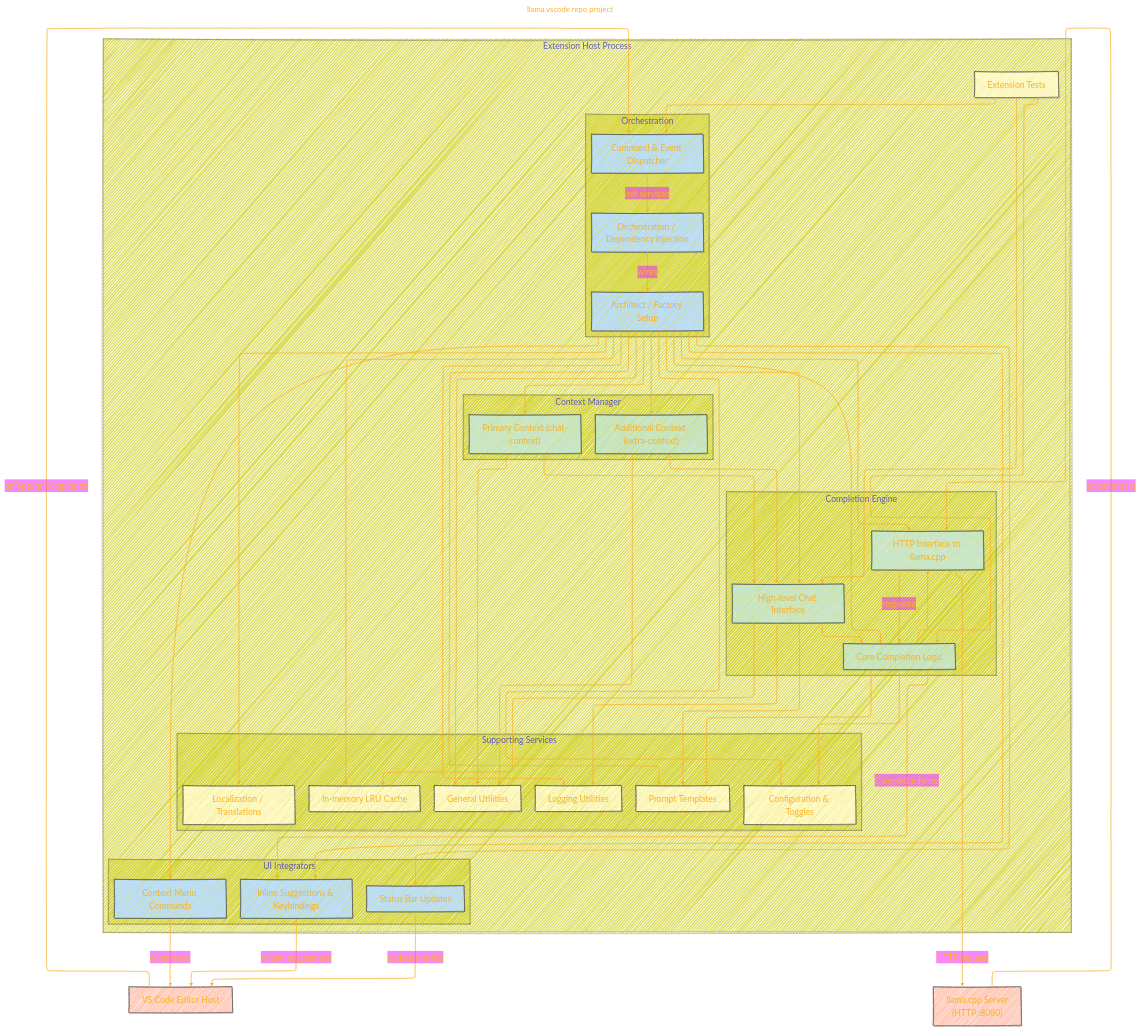
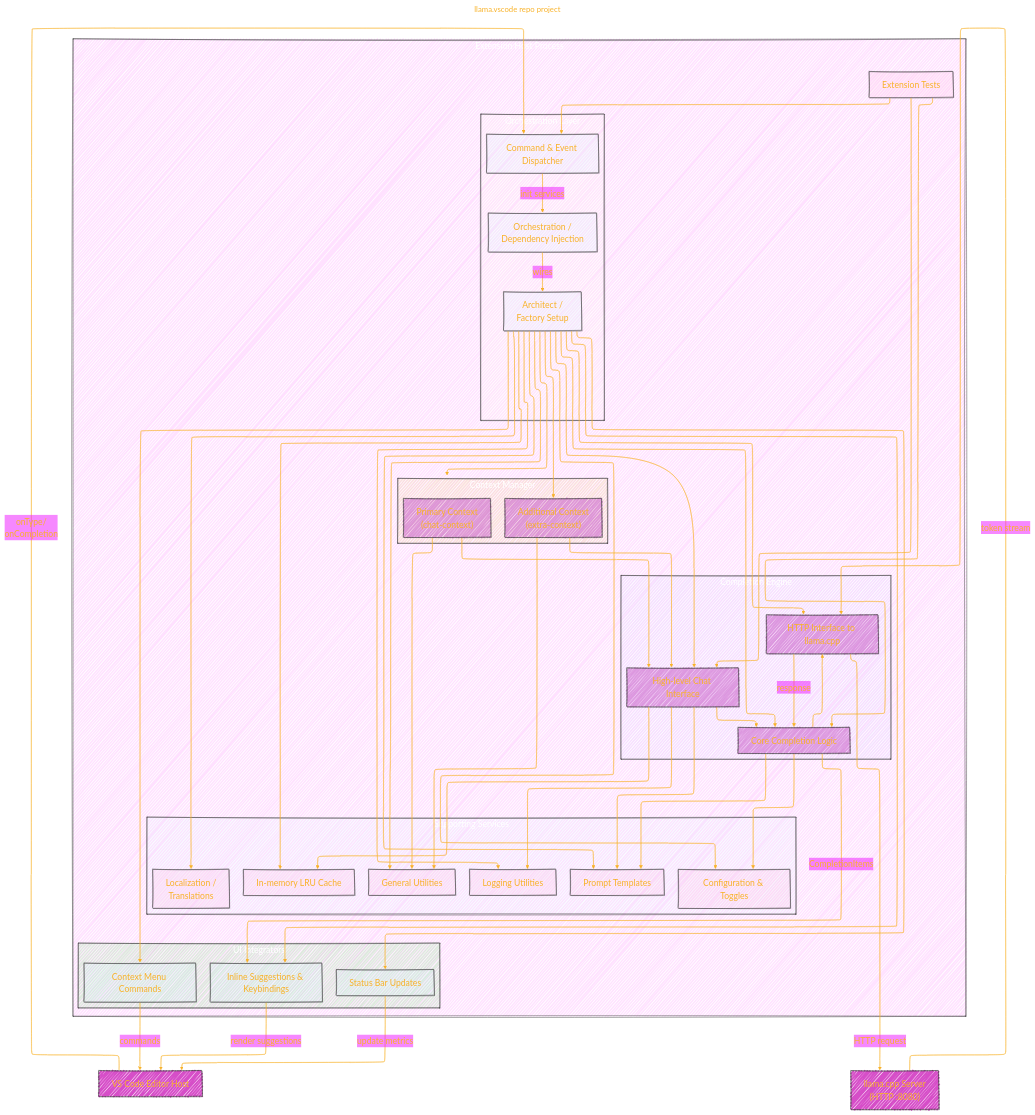
One commit to CongLeSolutionX/Synthetic-Zooniverse changed the first of 2 diagrams in GGML_ORG/GitHub_repo_projects/llama.vscode.md. Above: the diagram before and after it, drawn with Mermaid.

Commit message:
update notes

````diff
--- a/GGML_ORG/GitHub_repo_projects/llama.vscode.md
+++ b/GGML_ORG/GitHub_repo_projects/llama.vscode.md
@@ -73,132 +73,134 @@
   }
 }%%
 flowchart TD
-    %% Global Entities
-    Editor["VS Code Editor Host"]:::external
+  %% Global Entities
+  Editor["VS Code Editor Host"]:::external
 
-    subgraph "Extension Host Process" 
-        direction TB
-        %% Orchestration Layer
-        subgraph "Orchestration" 
-            direction TB
-            ExtensionDispatcher["Command & Event Dispatcher"]:::frontend
-            Application["Orchestration / Dependency Injection"]:::frontend
-            Architect["Architect / Factory Setup"]:::frontend
-        end
-
-        %% UI Integrator Layer
-        subgraph "UI Integrators"
-            direction TB
-            Menu["Context Menu Commands"]:::frontend
-            Statusbar["Status Bar Updates"]:::frontend
-            TextEditor["Inline Suggestions & Keybindings"]:::frontend
-        end
-
-        %% Context Manager Layer
-        subgraph "Context Manager"
-            direction TB
-            ChatContext["Primary Context (chat-context)"]:::backend
-            ExtraContext["Additional Context (extra-context)"]:::backend
-        end
-
-        %% Completion Engine Layer
-        subgraph "Completion Engine"
-            direction TB
-            ChatWithAI["High-level Chat Interface"]:::backend
-            Completion["Core Completion Logic"]:::backend
-            LlamaServer["HTTP Interface to llama.cpp"]:::backend
-        end
-
-        %% Supporting Services
-        subgraph "Supporting Services"
-            direction TB
-            Configuration["Configuration & Toggles"]:::service
-            Prompts["Prompt Templates"]:::service
-            Translations["Localization / Translations"]:::service
-            Utils["General Utilities"]:::service
-            LRUCache["In-memory LRU Cache"]:::service
-            Logger["Logging Utilities"]:::service
-        end
-
-        %% Tests
-        Tests["Extension Tests"]:::service
+  subgraph Extension_Host_Process["Extension Host Process"]
+  style Extension_Host_Process fill:#F2F2,stroke:#333,stroke-width:1px, color: #FFFF
+  direction TB
+    subgraph Orchestration_Layer["Orchestration Layer"]
+    style Orchestration_Layer fill:#FFD2,stroke:#333,stroke-width:1px, color: #FFFF
+    direction TB
+      ExtensionDispatcher["Command & Event Dispatcher"]:::frontend
+      Application["Orchestration /<br/> Dependency Injection"]:::frontend
+      Architect["Architect /<br/> Factory Setup"]:::frontend
     end
 
-    %% External Service
-    LlamaCPP["llama.cpp Server\n(HTTP :8080)"]:::external
+    subgraph UI_Integrator_Layer["UI Integrators"]
+    style UI_Integrator_Layer fill:#2D22,stroke:#333,stroke-width:1px, color: #FFFF
+    direction TB
+      Menu["Context Menu Commands"]:::frontend
+      Statusbar["Status Bar Updates"]:::frontend
+      TextEditor["Inline Suggestions & Keybindings"]:::frontend
+    end
 
-    %% Connections - Dynamic Flow
-    Editor -->|"onType/onCompletion"| ExtensionDispatcher
-    ExtensionDispatcher -->|"init services"| Application
-    Application -->|"wires"| Architect
+    
+    subgraph Context_Manager_Layer["Context Manager"]
+    style Context_Manager_Layer fill:#DB22,stroke:#333,stroke-width:1px, color: #FFFF
+    direction TB
+      ChatContext["Primary Context<br/>(chat-context)"]:::backend
+      ExtraContext["Additional Context<br/>(extra-context)"]:::backend
+    end
 
-    Architect --> ChatContext
-    Architect --> ExtraContext
-    Architect --> ChatWithAI
-    Architect --> Completion
-    Architect --> LlamaServer
-    Architect --> Configuration
-    Architect --> Prompts
-    Architect --> Translations
-    Architect --> Utils
-    Architect --> LRUCache
-    Architect --> Logger
-    Architect --> Menu
-    Architect --> Statusbar
-    Architect --> TextEditor
+    subgraph Completion_Engine_Layer["Completion Engine"]
+    style Completion_Engine_Layer fill:#BCF2,stroke:#333,stroke-width:1px, color: #FFFF
+    direction TB
+      ChatWithAI["High-level Chat Interface"]:::backend
+      Completion["Core Completion Logic"]:::backend
+      LlamaServer["HTTP Interface to llama.cpp"]:::backend
+    end
 
-    ChatContext --> ChatWithAI
-    ExtraContext --> ChatWithAI
+    subgraph Supporting_Services["Supporting Services"]
+    style Supporting_Services fill:#CFF2,stroke:#333,stroke-width:1px, color: #FFFF
+    direction TB
+      Configuration["Configuration & Toggles"]:::service
+      Prompts["Prompt Templates"]:::service
+      Translations["Localization /<br/> Translations"]:::service
+      Utils["General Utilities"]:::service
+      LRUCache["In-memory LRU Cache"]:::service
+      Logger["Logging Utilities"]:::service
+    end
 
-    ChatWithAI --> Completion
-    Completion --> LlamaServer
-    LlamaServer -->|HTTP request| LlamaCPP
-    LlamaCPP -->|token stream| LlamaServer
-    LlamaServer -->|response| Completion
-    Completion -->|CompletionItems| TextEditor
+    %% Tests
+    Tests["Extension Tests"]:::service
+  end
 
-    TextEditor -->|render suggestions| Editor
-    Statusbar -->|update metrics| Editor
-    Menu -->|commands| Editor
+  %% External Service
+  LlamaCPP["llama.cpp Server<br/>(HTTP :8080)"]:::external
 
-    %% Supporting Services usage
-    Completion --> Configuration
-    Completion --> Prompts
-    ChatWithAI --> Prompts
-    ChatWithAI --> LRUCache
-    ChatWithAI --> Logger
-    ChatContext --> Utils
-    ExtraContext --> Utils
+  %% Connections - Dynamic Flow
+  Editor -->|"onType/<br/>onCompletion"| ExtensionDispatcher
+  ExtensionDispatcher -->|"init services"| Application
+  Application -->|"wires"| Architect
 
-    %% Tests dependency
-    Tests --> ExtensionDispatcher
-    Tests --> ChatWithAI
-    Tests --> Completion
+  Architect --> ChatContext
+  Architect --> ExtraContext
+  Architect --> ChatWithAI
+  Architect --> Completion
+  Architect --> LlamaServer
+  Architect --> Configuration
+  Architect --> Prompts
+  Architect --> Translations
+  Architect --> Utils
+  Architect --> LRUCache
+  Architect --> Logger
+  Architect --> Menu
+  Architect --> Statusbar
+  Architect --> TextEditor
 
-    %% Click Events
-    click ExtensionDispatcher "https://github.com/ggml-org/llama.vscode/blob/master/src/extension.ts"
-    click Application "https://github.com/ggml-org/llama.vscode/blob/master/src/application.ts"
-    click Architect "https://github.com/ggml-org/llama.vscode/blob/master/src/architect.ts"
-    click ChatContext "https://github.com/ggml-org/llama.vscode/blob/master/src/chat-context.ts"
-    click ExtraContext "https://github.com/ggml-org/llama.vscode/blob/master/src/extra-context.ts"
-    click ChatWithAI "https://github.com/ggml-org/llama.vscode/blob/master/src/chat-with-ai.ts"
-    click Completion "https://github.com/ggml-org/llama.vscode/blob/master/src/completion.ts"
-    click LlamaServer "https://github.com/ggml-org/llama.vscode/blob/master/src/llama-server.ts"
-    click Menu "https://github.com/ggml-org/llama.vscode/blob/master/src/menu.ts"
-    click Statusbar "https://github.com/ggml-org/llama.vscode/blob/master/src/statusbar.ts"
-    click TextEditor "https://github.com/ggml-org/llama.vscode/blob/master/src/text-editor.ts"
-    click Configuration "https://github.com/ggml-org/llama.vscode/blob/master/src/configuration.ts"
-    click Prompts "https://github.com/ggml-org/llama.vscode/blob/master/src/prompts.ts"
-    click Translations "https://github.com/ggml-org/llama.vscode/blob/master/src/translations.ts"
-    click Utils "https://github.com/ggml-org/llama.vscode/blob/master/src/utils.ts"
-    click LRUCache "https://github.com/ggml-org/llama.vscode/blob/master/src/lru-cache.ts"
-    click Logger "https://github.com/ggml-org/llama.vscode/blob/master/src/logger.ts"
-    click Tests "https://github.com/ggml-org/llama.vscode/blob/master/src/test/extension.test.ts"
+  ChatContext --> ChatWithAI
+  ExtraContext --> ChatWithAI
 
-    %% Styles
-    classDef frontend fill:#BBDEFB,stroke:#333,stroke-width:1px
-    classDef backend fill:#C8E6C9,stroke:#333,stroke-width:1px
-    classDef service fill:#FFF9C4,stroke:#333,stroke-width:1px
-    classDef external fill:#FFCCBC,stroke:#333,stroke-width:1px
+  ChatWithAI --> Completion
+  Completion --> LlamaServer
+  LlamaServer -->|HTTP request| LlamaCPP
+  LlamaCPP -->|token stream| LlamaServer
+  LlamaServer -->|response| Completion
+  Completion -->|CompletionItems| TextEditor
+
+  TextEditor -->|render suggestions| Editor
+  Statusbar -->|update metrics| Editor
+  Menu -->|commands| Editor
+
+  %% Supporting Services usage
+  Completion --> Configuration
+  Completion --> Prompts
+  ChatWithAI --> Prompts
+  ChatWithAI --> LRUCache
+  ChatWithAI --> Logger
+  ChatContext --> Utils
+  ExtraContext --> Utils
+
+  %% Tests dependency
+  Tests --> ExtensionDispatcher
+  Tests --> ChatWithAI
+  Tests --> Completion
+
+  %% Click Events
+  click ExtensionDispatcher "https://github.com/ggml-org/llama.vscode/blob/master/src/extension.ts"
+  click Application "https://github.com/ggml-org/llama.vscode/blob/master/src/application.ts"
+  click Architect "https://github.com/ggml-org/llama.vscode/blob/master/src/architect.ts"
+  click ChatContext "https://github.com/ggml-org/llama.vscode/blob/master/src/chat-context.ts"
+  click ExtraContext "https://github.com/ggml-org/llama.vscode/blob/master/src/extra-context.ts"
+  click ChatWithAI "https://github.com/ggml-org/llama.vscode/blob/master/src/chat-with-ai.ts"
+  click Completion "https://github.com/ggml-org/llama.vscode/blob/master/src/completion.ts"
+  click LlamaServer "https://github.com/ggml-org/llama.vscode/blob/master/src/llama-server.ts"
+  click Menu "https://github.com/ggml-org/llama.vscode/blob/master/src/menu.ts"
+  click Statusbar "https://github.com/ggml-org/llama.vscode/blob/master/src/statusbar.ts"
+  click TextEditor "https://github.com/ggml-org/llama.vscode/blob/master/src/text-editor.ts"
+  click Configuration "https://github.com/ggml-org/llama.vscode/blob/master/src/configuration.ts"
+  click Prompts "https://github.com/ggml-org/llama.vscode/blob/master/src/prompts.ts"
+  click Translations "https://github.com/ggml-org/llama.vscode/blob/master/src/translations.ts"
+  click Utils "https://github.com/ggml-org/llama.vscode/blob/master/src/utils.ts"
+  click LRUCache "https://github.com/ggml-org/llama.vscode/blob/master/src/lru-cache.ts"
+  click Logger "https://github.com/ggml-org/llama.vscode/blob/master/src/logger.ts"
+  click Tests "https://github.com/ggml-org/llama.vscode/blob/master/src/test/extension.test.ts"
+
+  %% Styles
+  classDef frontend fill:#BEF2,stroke:#333,stroke-width:1px
+  classDef backend fill:#C6C9,stroke:#333,stroke-width:1px
+  classDef service fill:#F9C2,stroke:#333,stroke-width:1px
+  classDef external fill:#C2BC,stroke:#333,stroke-width:1px
 
 ```
````
